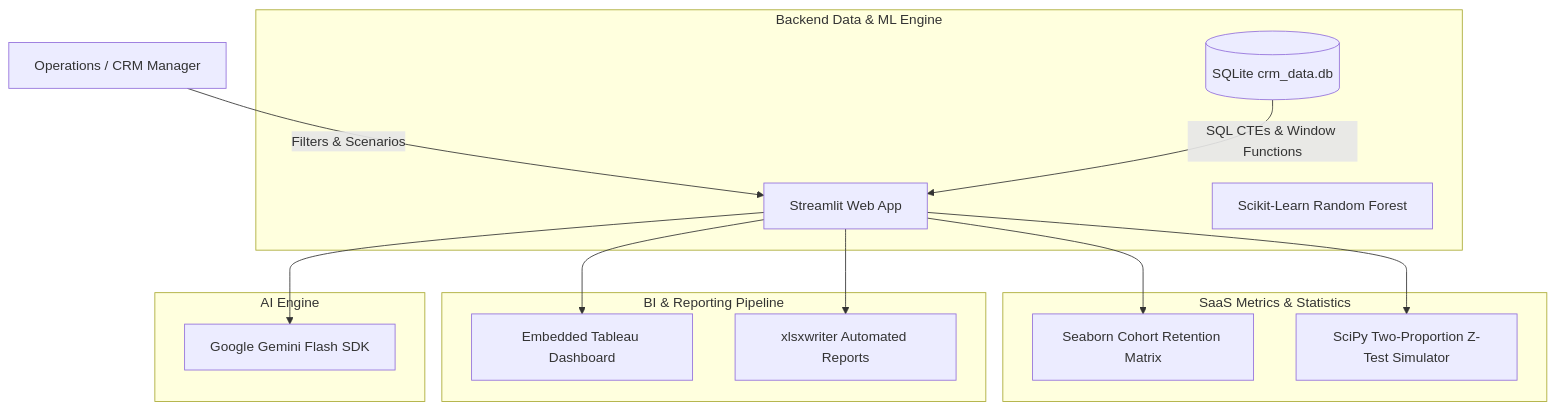
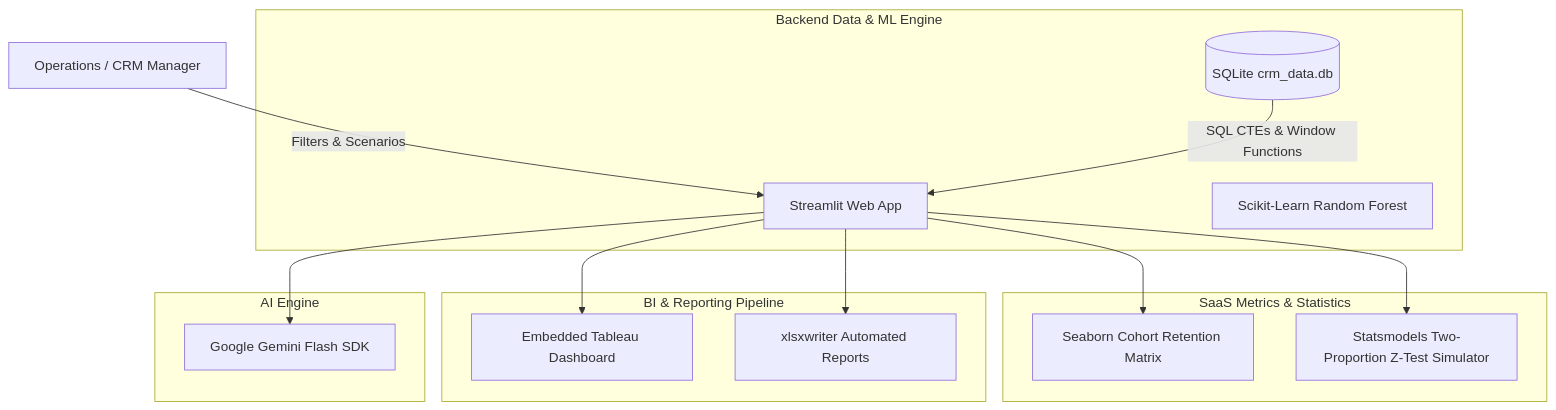
One commit to anshullakra007/fintech-churn-analyzer changed the diagram in README.md. Above: the diagram before and after it, drawn with Mermaid. The commit also changed other lines of this file, not shown here.

Commit message:
docs: update statsmodels reference in README

````diff
--- a/README.md
+++ b/README.md
@@ -27,30 +27,30 @@
 ```mermaid
 graph TD
     User[Operations / CRM Manager] -->|Filters & Scenarios| UI[Streamlit Web App]
     
     subgraph "Backend Data & ML Engine"
         DB[(SQLite crm_data.db)]
         ML[Scikit-Learn Random Forest]
         DB -->|SQL CTEs & Window Functions| UI
     end
     
     subgraph "SaaS Metrics & Statistics"
         Cohort[Seaborn Cohort Retention Matrix]
-        AB[SciPy Two-Proportion Z-Test Simulator]
+        AB[Statsmodels Two-Proportion Z-Test Simulator]
     end
     
     subgraph "BI & Reporting Pipeline"
         Tab[Embedded Tableau Dashboard]
         Excel[xlsxwriter Automated Reports]
     end
     
     subgraph "AI Engine"
         Gemini[Google Gemini Flash SDK]
     end
 
     UI --> Cohort
     UI --> AB
     UI --> Tab
     UI --> Excel
     UI --> Gemini
 ```
````
